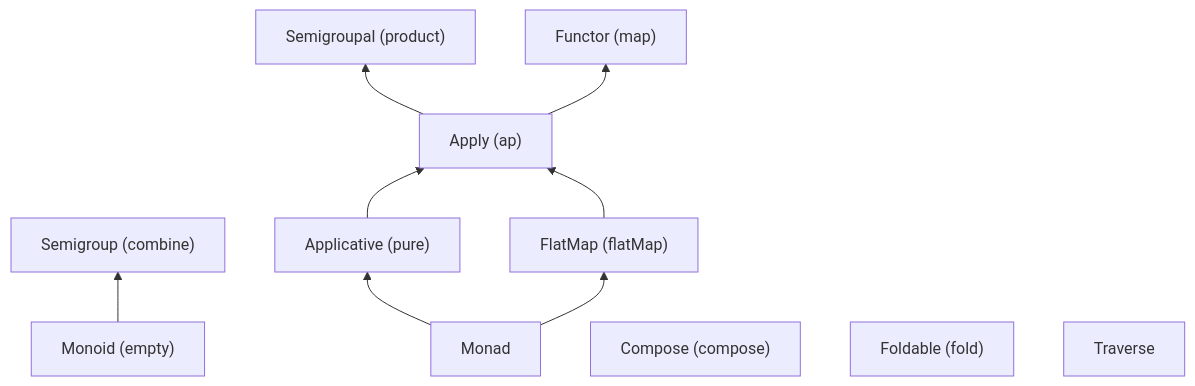
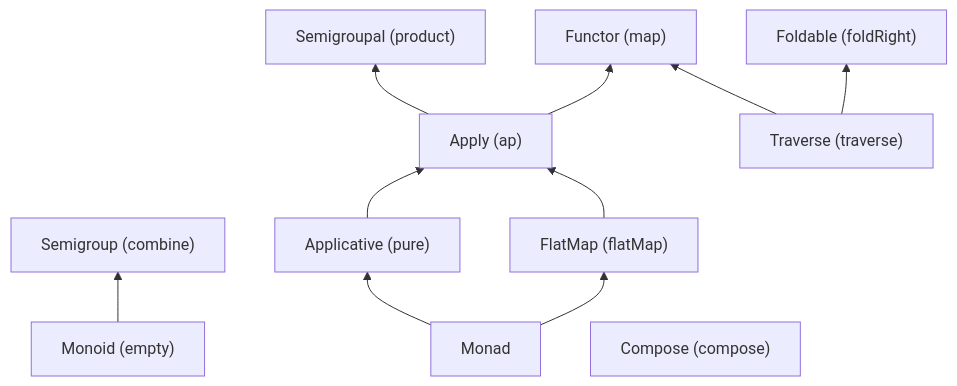
Before and after one commit to lamdalib/kuram: the first of 3 diagrams in README.md, drawn with Mermaid. The commit also changed 3 other files, not shown here.

````diff
--- a/README.md
+++ b/README.md
@@ -135,33 +135,32 @@
 ```mermaid
 flowchart BT
     %% Typeclasses
         Semigroup["Semigroup (combine)"]
         Monoid["Monoid (empty)"]
 
         Monad["Monad"]
 
         Applicative["Applicative (pure)"]
         FlatMap["FlatMap (flatMap)"]
 
         Apply["Apply (ap)"]
 
         Semigroupal["Semigroupal (product)"]
         Functor["Functor (map)"]
 
         Compose["Compose (compose)"]
-        Foldable["Foldable (fold)"]
-        Traverse["Traverse"]
+        Foldable["Foldable (foldRight)"]
+        Traverse["Traverse (traverse)"]
     %% %
 
 
 
     %% Relations
         Monoid --> Semigroup
 
         Monad --> Applicative & FlatMap --> Apply --> Semigroupal & Functor
+        Traverse --> Foldable & Functor
 
         Compose
-        Traverse
-        Foldable
     %% %
 ```
````
